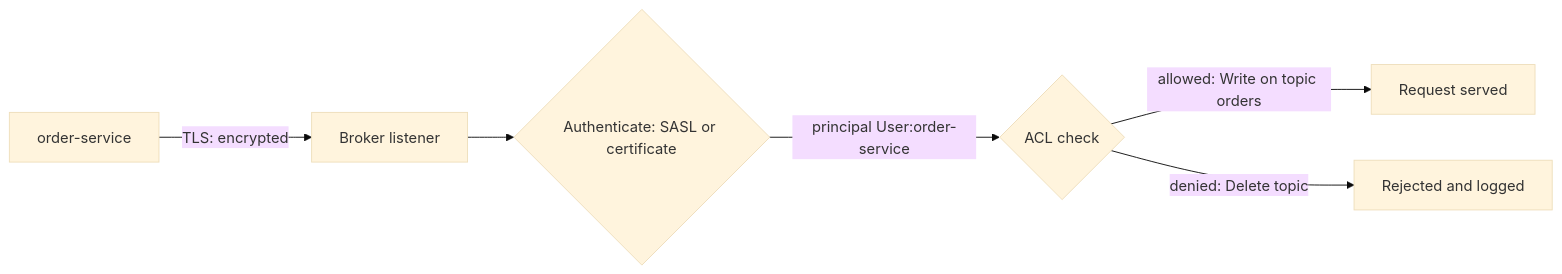
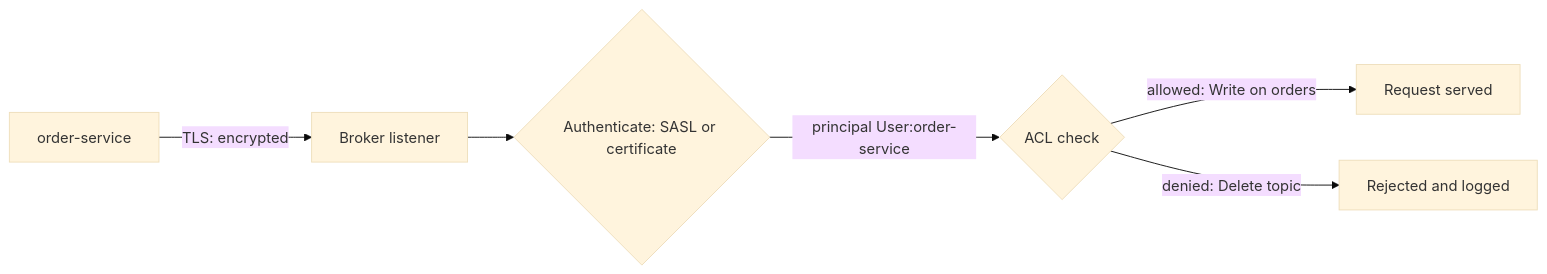
Before and after one commit to jubin-techwiz/learning: the second of 2 diagrams in notes/02-messaging/02-kafka/16-security-tls-sasl-acls.md, drawn with Mermaid (base theme). The commit also changed other lines of this file and 37 other files, not shown here.

````diff
--- a/notes/02-messaging/02-kafka/16-security-tls-sasl-acls.md
+++ b/notes/02-messaging/02-kafka/16-security-tls-sasl-acls.md
@@ -42,8 +69,8 @@
 ```mermaid
 flowchart LR
     C[order-service] -->|TLS: encrypted| L[Broker listener]
     L --> A{Authenticate: SASL or certificate}
     A -->|principal User:order-service| Z{ACL check}
-    Z -->|allowed: Write on topic orders| OK[Request served]
+    Z -->|allowed: Write on orders| OK[Request served]
     Z -->|denied: Delete topic| NO[Rejected and logged]
 ```
````
